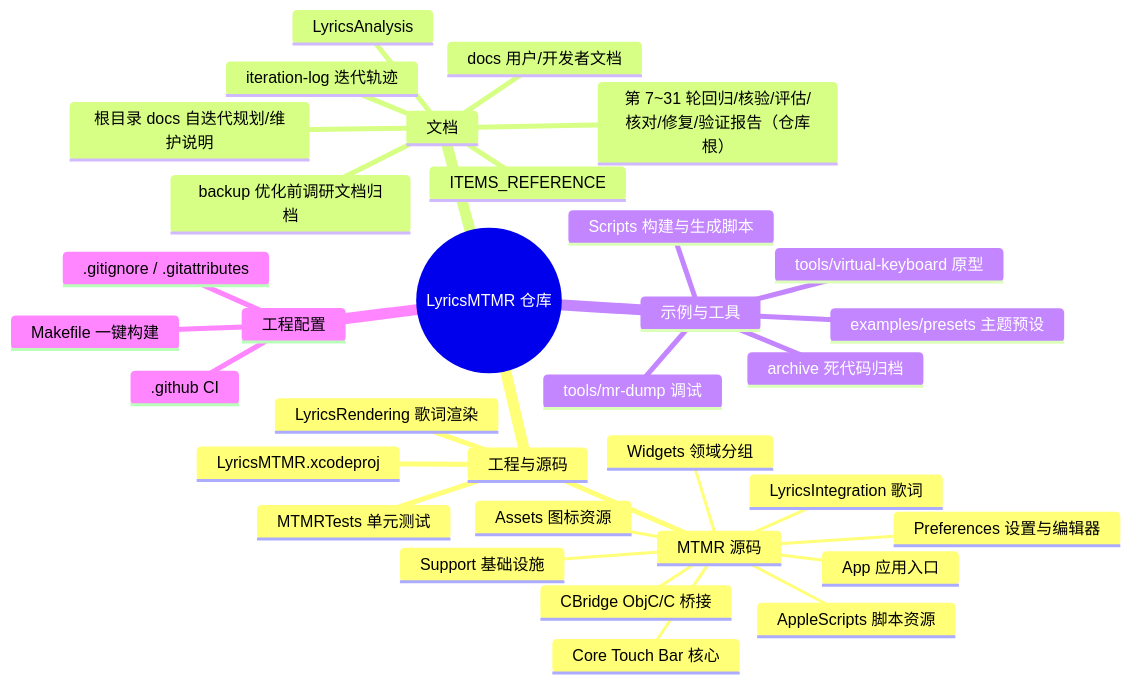
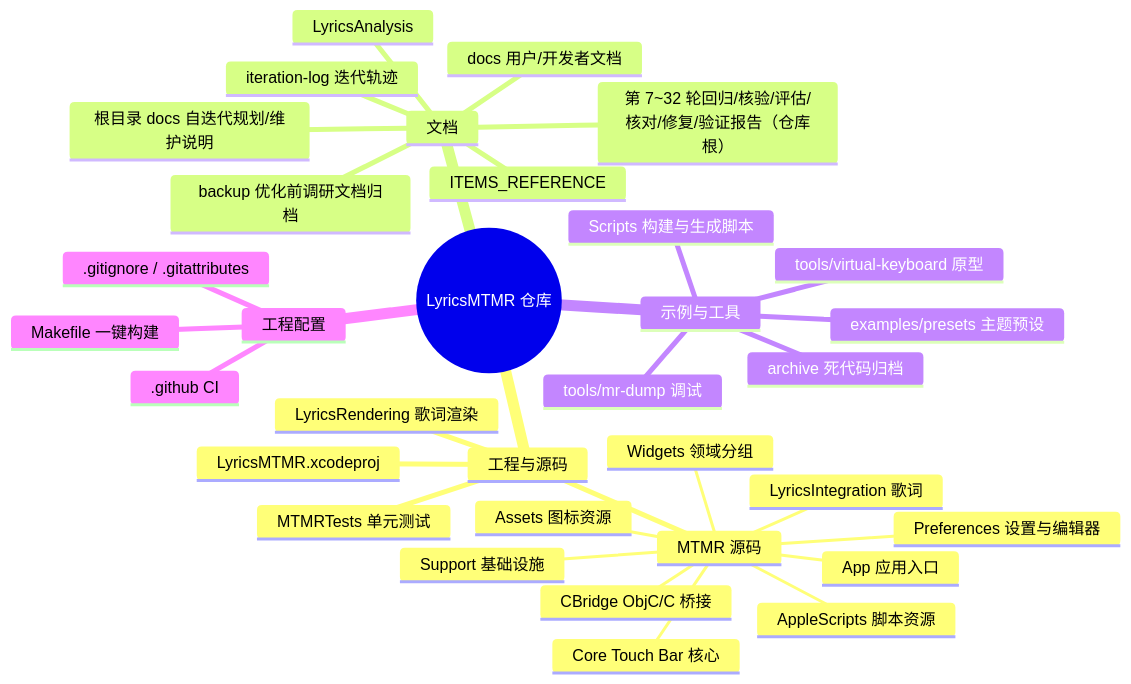
Before and after one commit to Tangzishun-Li/LyricsMTMR: the first of 2 diagrams in LyricsMTMR/docs/file-structure.zh.md, drawn with Mermaid. The commit also changed other lines of this file and 3 other files, not shown here.

````diff
--- a/LyricsMTMR/docs/file-structure.zh.md
+++ b/LyricsMTMR/docs/file-structure.zh.md
@@ -10,36 +10,36 @@
 ```mermaid
 mindmap
   root((LyricsMTMR 仓库))
     工程与源码
       LyricsMTMR.xcodeproj
       MTMR 源码
         App 应用入口
         Core Touch Bar 核心
         Support 基础设施
         Widgets 领域分组
         Preferences 设置与编辑器
         LyricsIntegration 歌词
         CBridge ObjC/C 桥接
         AppleScripts 脚本资源
         Assets 图标资源
       LyricsRendering 歌词渲染
       MTMRTests 单元测试
     文档
       docs 用户/开发者文档
       ITEMS_REFERENCE
       LyricsAnalysis
       backup 优化前调研文档归档
       iteration-log 迭代轨迹
       根目录 docs 自迭代规划/维护说明
-      第 7~31 轮回归/核验/评估/核对/修复/验证报告（仓库根）
+      第 7~32 轮回归/核验/评估/核对/修复/验证报告（仓库根）
     示例与工具
       examples/presets 主题预设
       tools/mr-dump 调试
       tools/virtual-keyboard 原型
       Scripts 构建与生成脚本
       archive 死代码归档
     工程配置
       .github CI
       .gitignore / .gitattributes
       Makefile 一键构建
 ```
````
